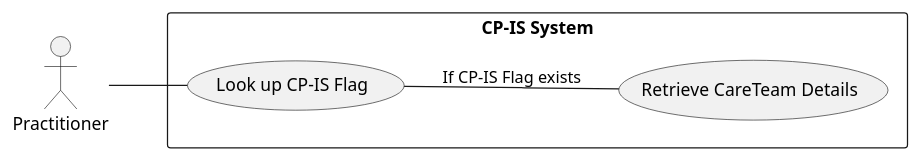
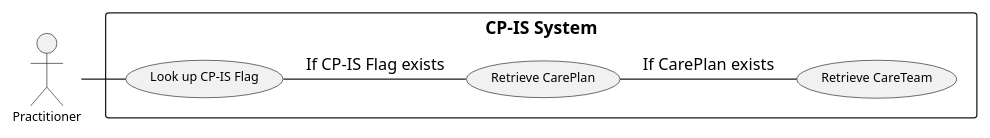
The first of 2 diagrams in NHSEnglandProgrammeImplementationGuides/backup/guides/Patient-Flag-Implementation-Guide-Beta/Home/Use-Cases/CP-IS-record/Retrieve-CP-IS-PatientFlags.page.md (NHSDigital/IOPS-FHIR-Simplifier-Backup), drawn with PlantUML before and after one commit. The commit also changed other lines of this file and 16 other files, not shown here.

```diff
--- a/NHSEnglandProgrammeImplementationGuides/backup/guides/Patient-Flag-Implementation-Guide-Beta/Home/Use-Cases/CP-IS-record/Retrieve-CP-IS-PatientFlags.page.md
+++ b/NHSEnglandProgrammeImplementationGuides/backup/guides/Patient-Flag-Implementation-Guide-Beta/Home/Use-Cases/CP-IS-record/Retrieve-CP-IS-PatientFlags.page.md
@@ -19,12 +19,26 @@
 @startuml
-left to right direction
+skinparam dpi 72  // Lower resolution for smaller size
+skinparam scale 0.6  // Scale the diagram to make it smaller
+
+skinparam usecase {
+  FontSize 10
+  Width 100
+  Height 50
+}
+
+skinparam actor {
+  FontSize 10
+}
+
 actor "Practitioner" as practitioner
 
 rectangle "CP-IS System" {
   usecase "Look up CP-IS Flag" as U1
-  usecase "Retrieve CareTeam Details" as U2
+  usecase "Retrieve CarePlan" as U2
+  usecase "Retrieve CareTeam" as U3
 }
 
-practitioner -- U1
-U1 -- U2 : "If CP-IS Flag exists"
+practitioner - U1
+U1 - U2 : "If CP-IS Flag exists"
+U2 - U3 : "If CarePlan exists"
 @enduml
```
